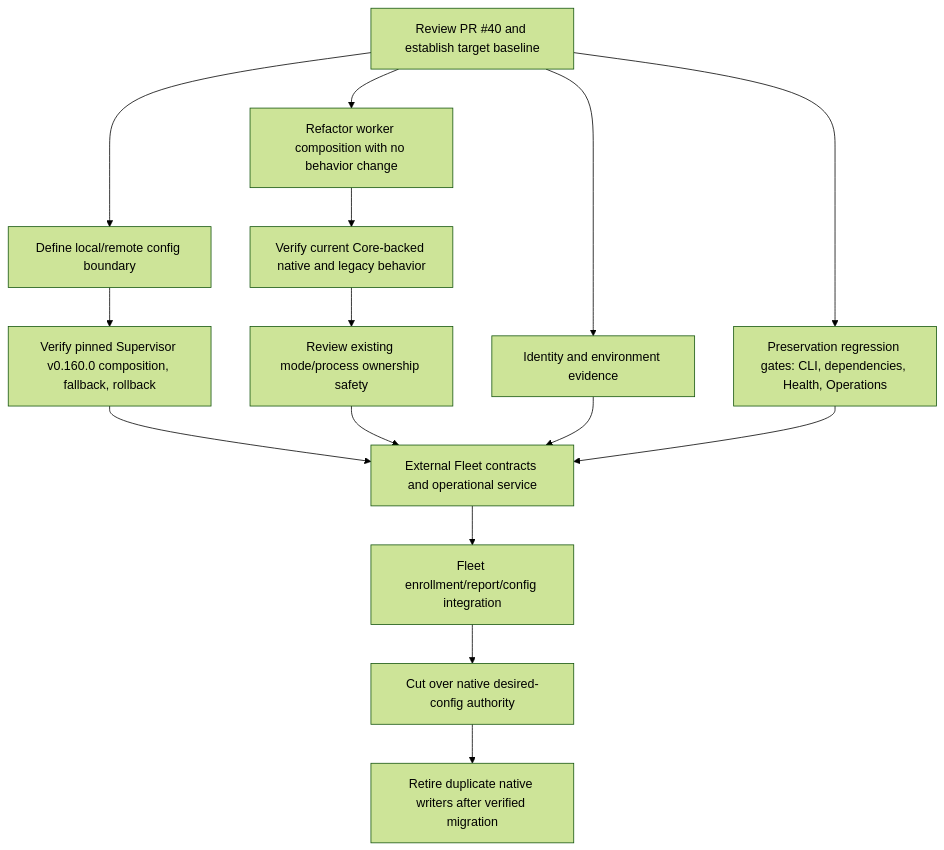
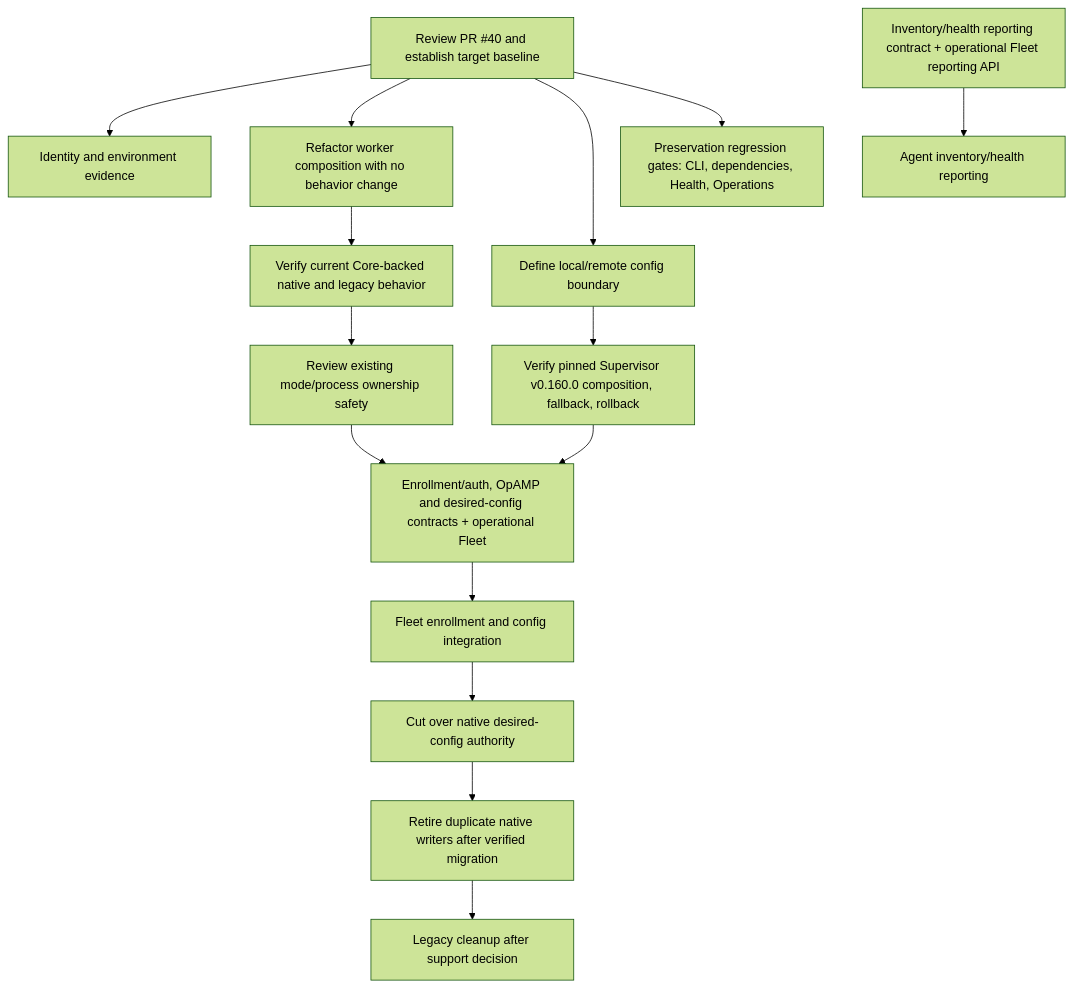
Before and after one commit to AR-IMMS/telemetry-agent: the diagram in docs/local/plans/v0.1.4a-next/otel-native-agent-implementation-plan.md, drawn with Mermaid (forest theme). The commit also changed other lines of this file and 3 other files, not shown here.

````diff
--- a/docs/local/plans/v0.1.4a-next/otel-native-agent-implementation-plan.md
+++ b/docs/local/plans/v0.1.4a-next/otel-native-agent-implementation-plan.md
@@ -49,17 +49,17 @@
 ```mermaid
 flowchart TD
     A[Review PR #40 and establish target baseline] --> B[Identity and environment evidence]
     A --> C[Refactor worker composition with no behavior change]
     C --> D[Verify current Core-backed native and legacy behavior]
     A --> E[Define local/remote config boundary]
     E --> F[Verify pinned Supervisor v0.160.0 composition, fallback, rollback]
     A --> G[Preservation regression gates: CLI, dependencies, Health, Operations]
     D --> H[Review existing mode/process ownership safety]
-    F --> I[External Fleet contracts and operational service]
+    F --> I[Enrollment/auth, OpAMP and desired-config contracts + operational Fleet]
     H --> I
-    B --> I
-    G --> I
-    I --> J[Fleet enrollment/report/config integration]
+    I --> J[Fleet enrollment and config integration]
     J --> K[Cut over native desired-config authority]
+    R[Inventory/health reporting contract + operational Fleet reporting API] --> S[Agent inventory/health reporting]
     K --> L[Retire duplicate native writers after verified migration]
+    L --> M[Legacy cleanup after support decision]
 ```
````
